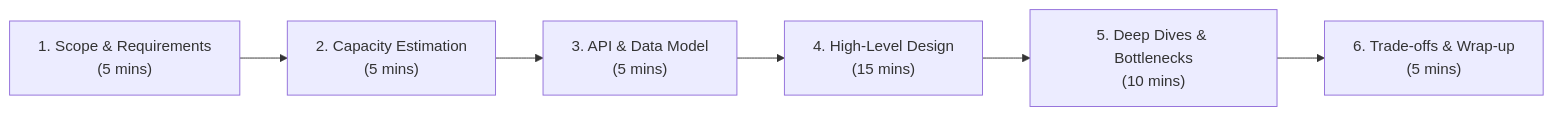
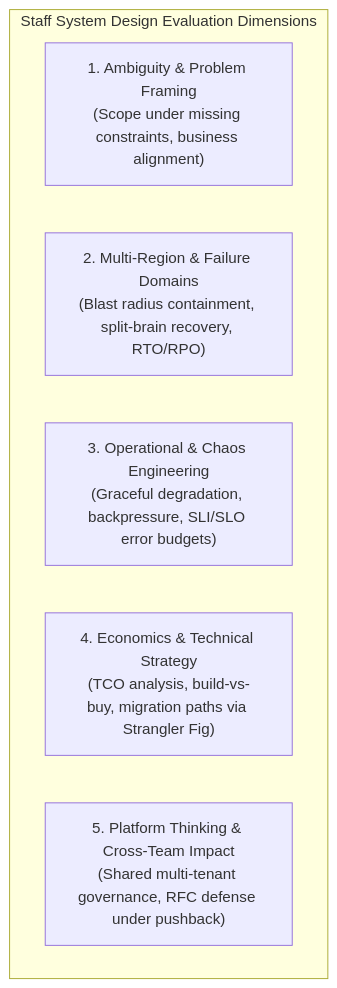
Before and after one commit to Sourav108/strivers-lld: the diagram in strivers-hld/README.md, drawn with Mermaid. The commit also changed other lines of this file and 176 other files, not shown here.

Commit message:
feat(hld): upgrade curriculum to Senior/Staff-level with 19 modules, multi-region architecture, chaos engineering, TCO strategy, and staff signals

````diff
--- a/strivers-hld/README.md
+++ b/strivers-hld/README.md
@@ -14,8 +14,10 @@
 ```mermaid
-flowchart LR
-    A["1. Scope & Requirements<br/>(5 mins)"] --> B["2. Capacity Estimation<br/>(5 mins)"]
-    B --> C["3. API & Data Model<br/>(5 mins)"]
-    C --> D["4. High-Level Design<br/>(15 mins)"]
-    D --> E["5. Deep Dives & Bottlenecks<br/>(10 mins)"]
-    E --> F["6. Trade-offs & Wrap-up<br/>(5 mins)"]
+flowchart TD
+    subgraph StaffSignals["Staff System Design Evaluation Dimensions"]
+        A["1. Ambiguity & Problem Framing<br/>(Scope under missing constraints, business alignment)"]
+        B["2. Multi-Region & Failure Domains<br/>(Blast radius containment, split-brain recovery, RTO/RPO)"]
+        C["3. Operational & Chaos Engineering<br/>(Graceful degradation, backpressure, SLI/SLO error budgets)"]
+        D["4. Economics & Technical Strategy<br/>(TCO analysis, build-vs-buy, migration paths via Strangler Fig)"]
+        E["5. Platform Thinking & Cross-Team Impact<br/>(Shared multi-tenant governance, RFC defense under pushback)"]
+    end
 ```
````
